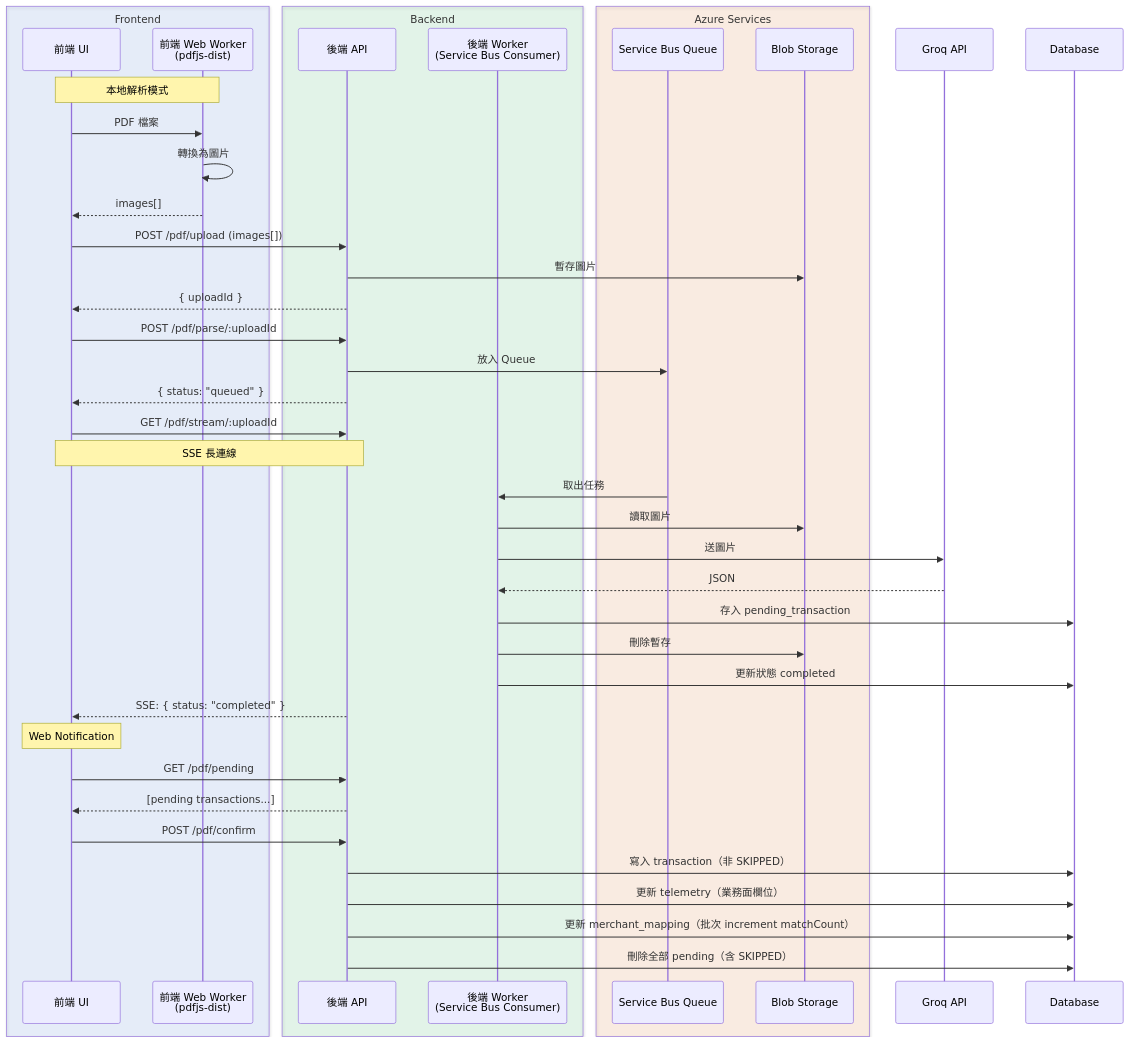
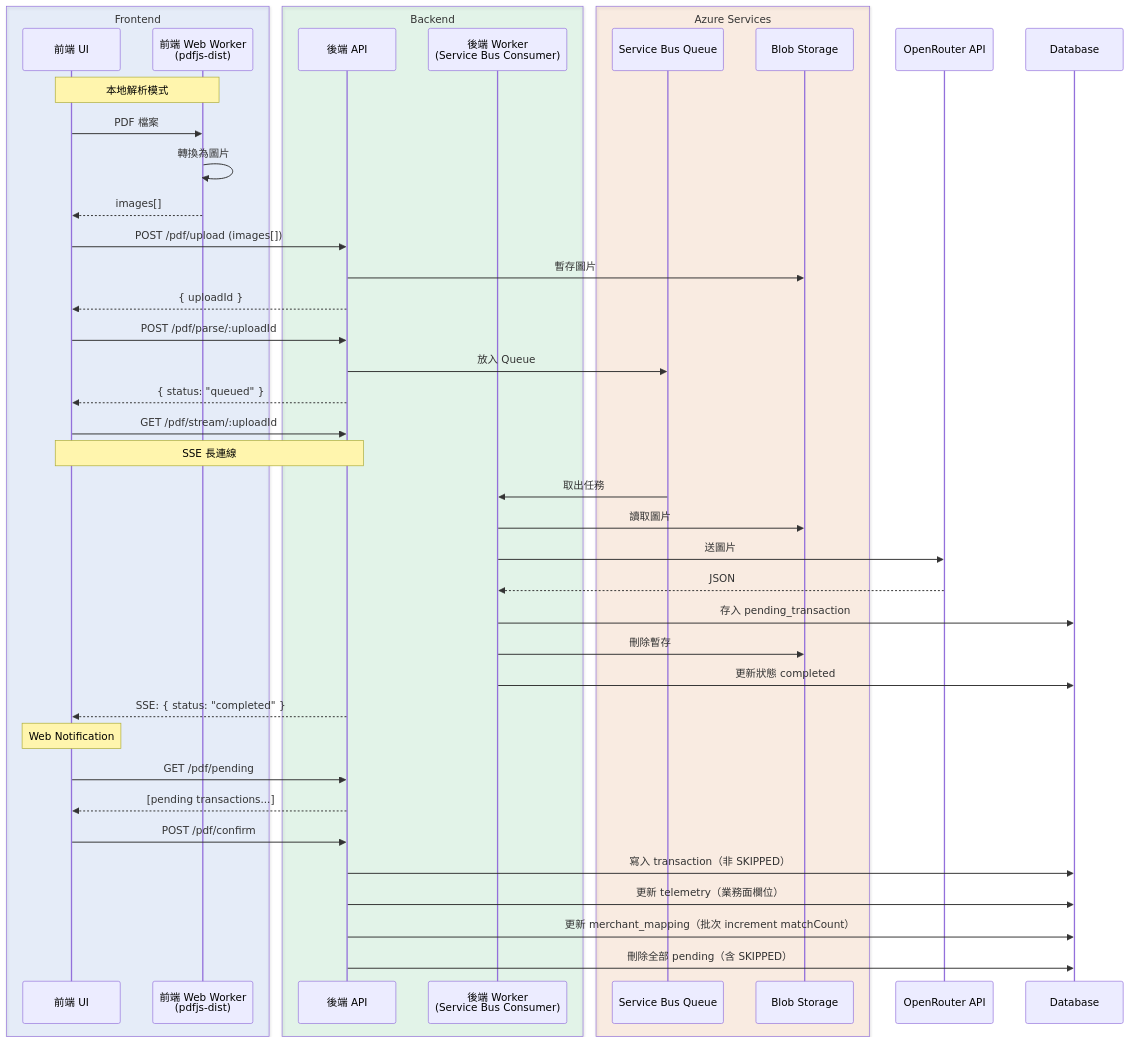
The third of 4 diagrams in docs/specs/pdf-bill-analysis-rfc.md (BardKidd/EasyAccounting), drawn with Mermaid before and after one commit. The commit also changed other lines of this file and 15 other files, not shown here.

````diff
--- a/docs/specs/pdf-bill-analysis-rfc.md
+++ b/docs/specs/pdf-bill-analysis-rfc.md
@@ -377,56 +377,56 @@
 ```mermaid
 sequenceDiagram
     box rgba(59, 130, 246, 0.1) Frontend
         participant U as 前端 UI
         participant FW as 前端 Web Worker<br/>(pdfjs-dist)
     end
 
     box rgba(34, 197, 94, 0.1) Backend
         participant B as 後端 API
         participant BW as 後端 Worker<br/>(Service Bus Consumer)
     end
 
     box rgba(249, 115, 22, 0.1) Azure Services
         participant Q as Service Bus Queue
         participant Blob as Blob Storage
     end
 
-    participant AI as Groq API
+    participant AI as OpenRouter API
     participant DB as Database
 
     Note over U,FW: 本地解析模式
     U->>FW: PDF 檔案
     FW->>FW: 轉換為圖片
     FW-->>U: images[]
 
     U->>B: POST /pdf/upload (images[])
     B->>Blob: 暫存圖片
     B-->>U: { uploadId }
 
     U->>B: POST /pdf/parse/:uploadId
     B->>Q: 放入 Queue
     B-->>U: { status: "queued" }
 
     U->>B: GET /pdf/stream/:uploadId
     Note over U,B: SSE 長連線
 
     Q->>BW: 取出任務
     BW->>Blob: 讀取圖片
     BW->>AI: 送圖片
     AI-->>BW: JSON
     BW->>DB: 存入 pending_transaction
     BW->>Blob: 刪除暫存
     BW->>DB: 更新狀態 completed
 
     B-->>U: SSE: { status: "completed" }
     Note over U: Web Notification
 
     U->>B: GET /pdf/pending
     B-->>U: [pending transactions...]
 
     U->>B: POST /pdf/confirm
     B->>DB: 寫入 transaction（非 SKIPPED）
     B->>DB: 更新 telemetry（業務面欄位）
     B->>DB: 更新 merchant_mapping（批次 increment matchCount）
     B->>DB: 刪除全部 pending（含 SKIPPED）
 ```
````
